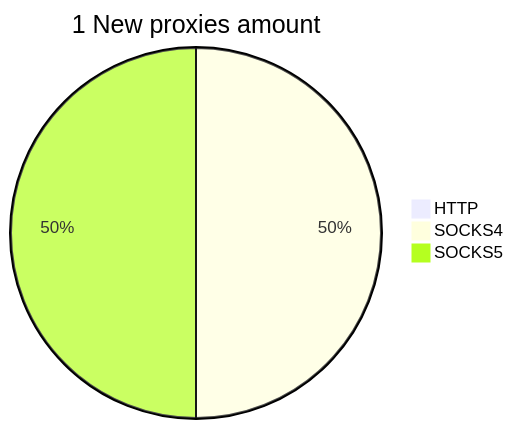
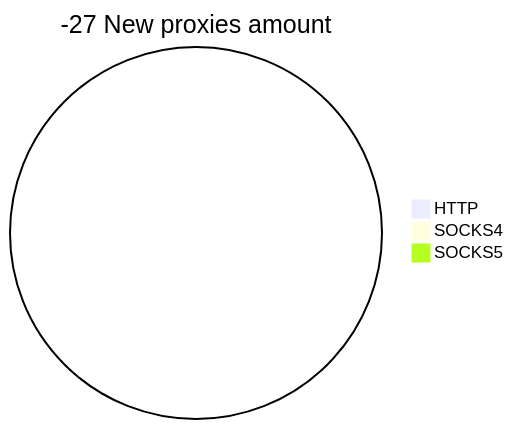
The second of 2 diagrams in README.md (cutipu/proxylist), drawn with Mermaid before and after one commit. The commit also changed other lines of this file, not shown here.

````diff
--- a/README.md
+++ b/README.md
@@ -10,6 +10,6 @@
 ```mermaid
-pie title 1 New proxies amount
+pie title -27 New proxies amount
     "HTTP" : 0
-    "SOCKS4" : 1
-    "SOCKS5" : 1
+    "SOCKS4" : 0
+    "SOCKS5" : 0
 ```
````
